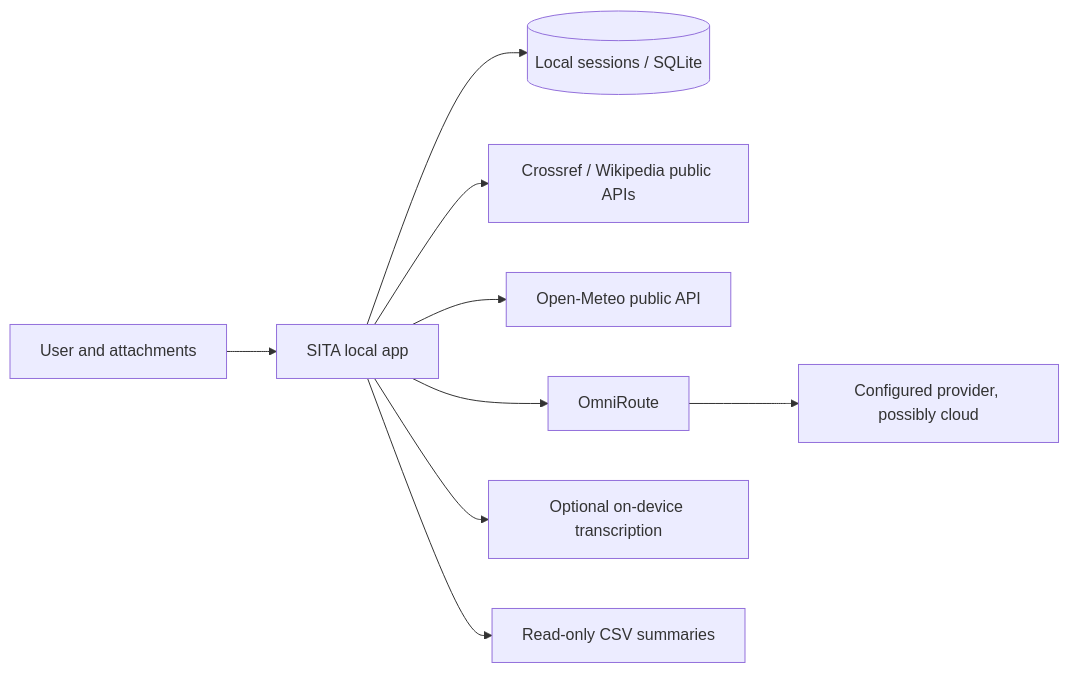
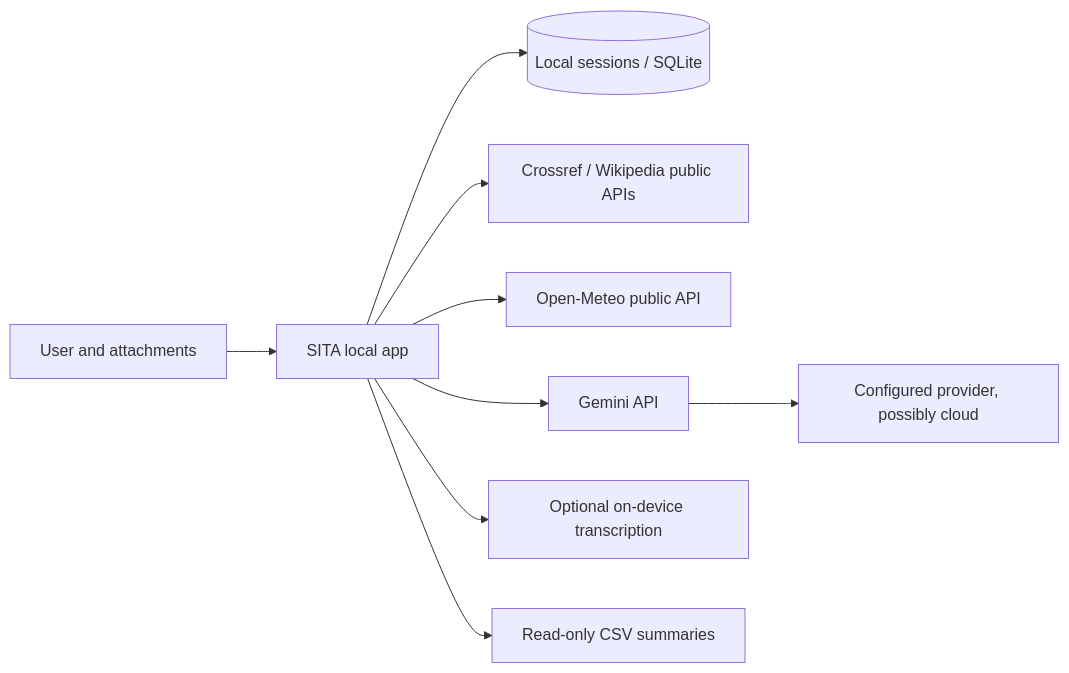
Before and after one commit to deathkernel/SITA: the ninth of 12 diagrams in README.md, drawn with Mermaid. The commit also changed other lines of this file, not shown here.

Commit message:
Update README model provider references to Gemini

````diff
--- a/README.md
+++ b/README.md
@@ -461,11 +461,11 @@
 ```mermaid
 flowchart LR
   User[User and attachments] --> SITA[SITA local app]
   SITA --> Local[(Local sessions / SQLite)]
   SITA --> Research[Crossref / Wikipedia public APIs]
   SITA --> Weather[Open-Meteo public API]
-  SITA --> Omni[OmniRoute]
+  SITA --> Omni[Gemini API]
   Omni --> Cloud[Configured provider, possibly cloud]
   SITA --> Speech[Optional on-device transcription]
   SITA --> CSV[Read-only CSV summaries]
 ```
````
